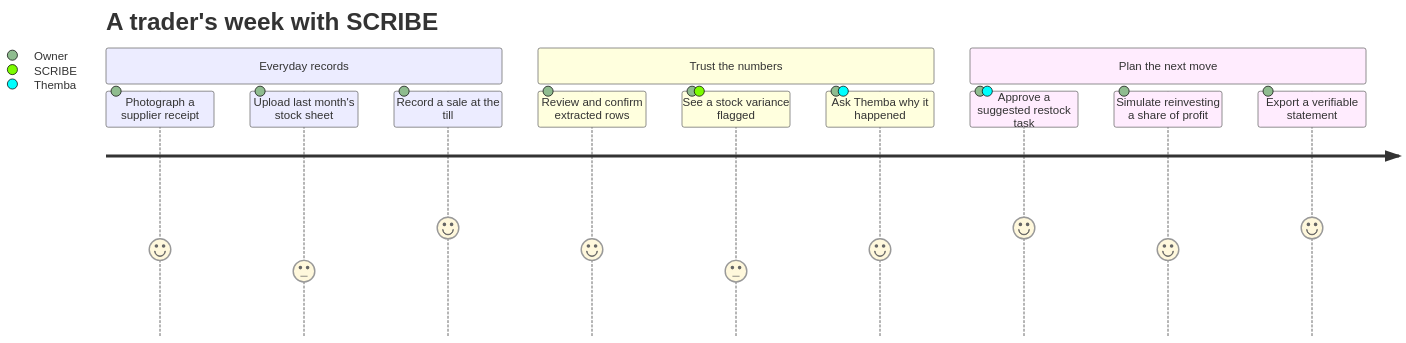
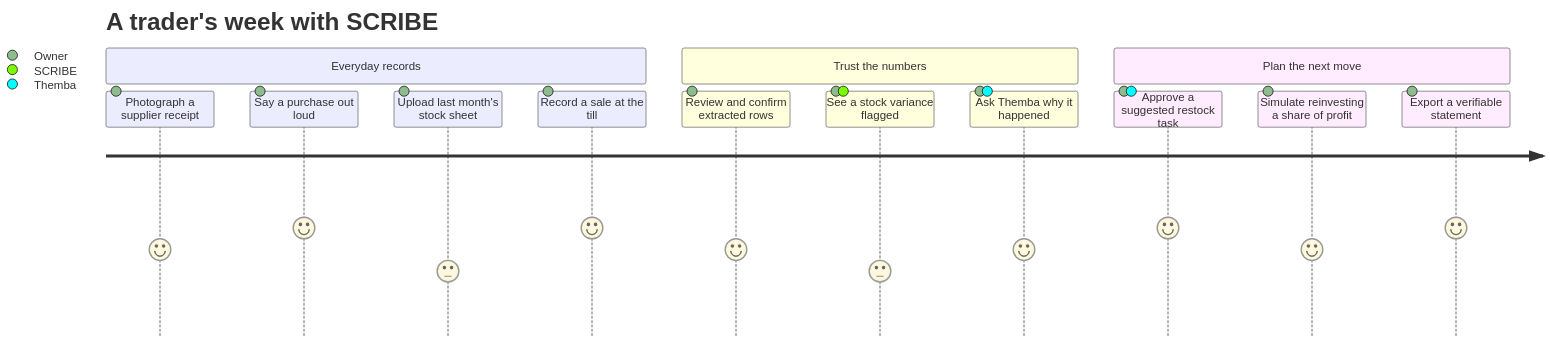
One commit to vna-07/scribe-app changed the second of 11 diagrams in README.md. Above: the diagram before and after it, drawn with Mermaid. The commit also changed other lines of this file, not shown here.

````diff
--- a/README.md
+++ b/README.md
@@ -197,16 +311,17 @@
 ```mermaid
 journey
     title A trader's week with SCRIBE
     section Everyday records
       Photograph a supplier receipt: 4: Owner
+      Say a purchase out loud: 5: Owner
       Upload last month's stock sheet: 3: Owner
       Record a sale at the till: 5: Owner
     section Trust the numbers
       Review and confirm extracted rows: 4: Owner
       See a stock variance flagged: 3: Owner, SCRIBE
       Ask Themba why it happened: 4: Owner, Themba
     section Plan the next move
       Approve a suggested restock task: 5: Owner, Themba
       Simulate reinvesting a share of profit: 4: Owner
       Export a verifiable statement: 5: Owner
 ```
````
